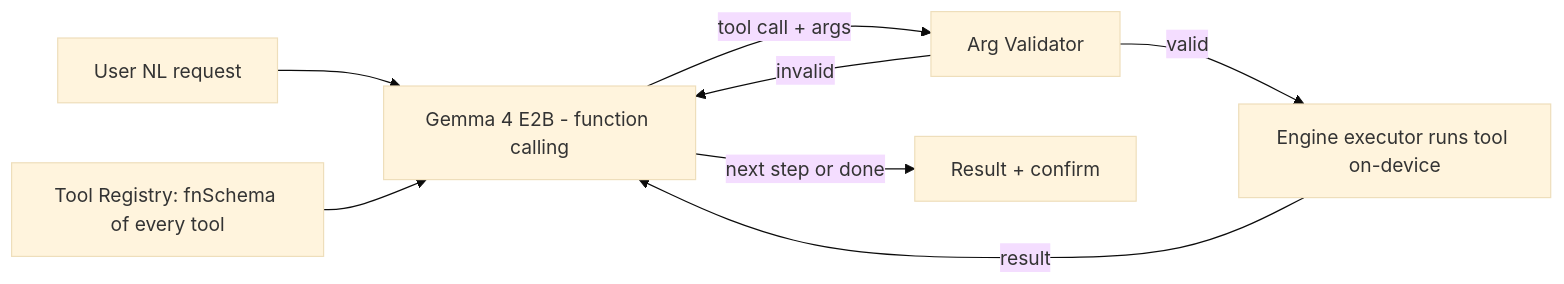
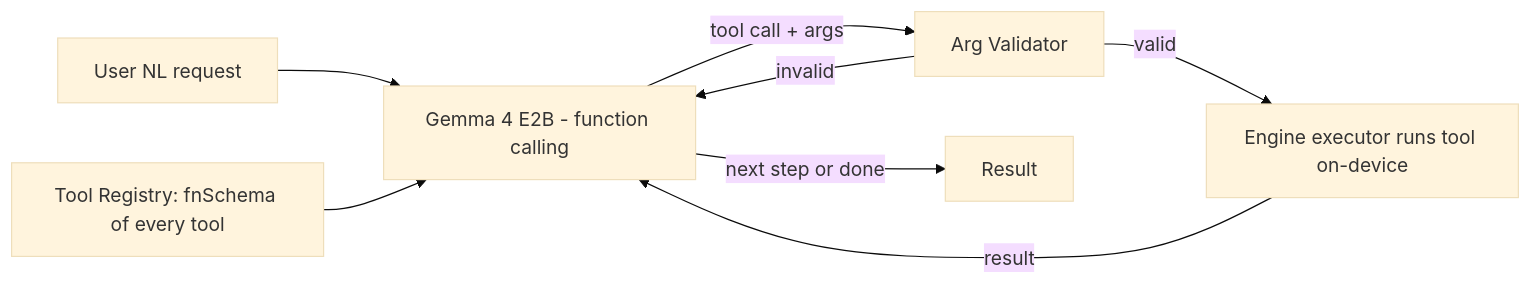
The diagram in ARCHITECTURE.md (arunesh-singh/anvil), drawn with Mermaid (base theme) before and after one commit. The commit also changed other lines of this file and 34 other files, not shown here.

````diff
--- a/ARCHITECTURE.md
+++ b/ARCHITECTURE.md
@@ -51,10 +51,10 @@
 ```mermaid
 flowchart LR
   U[User NL request] --> G[Gemma 4 E2B - function calling]
   REG[Tool Registry: fnSchema of every tool] --> G
   G -->|tool call + args| V[Arg Validator]
   V -->|valid| EX[Engine executor runs tool on-device]
   V -->|invalid| G
   EX -->|result| G
-  G -->|next step or done| OUT[Result + confirm]
+  G -->|next step or done| OUT[Result]
 ```
````
